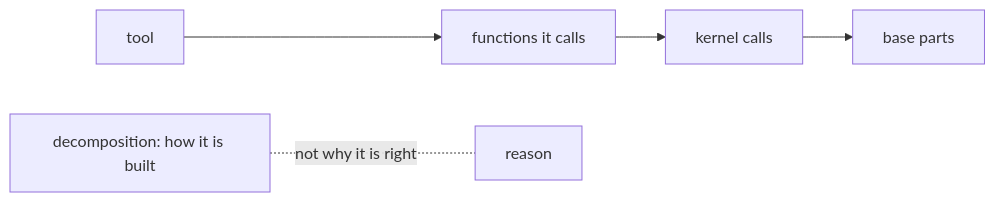
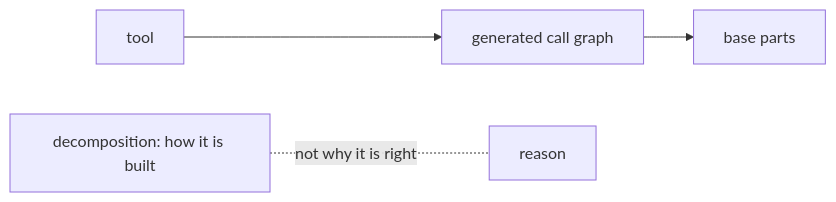
Before and after one commit to KonomiYuzu01/Magic-600-Cell: the diagram in docs/progress/1.0/glossary/diagrams/decomposition.mmd, drawn with Mermaid. The commit also changed 78 other files, not shown here.

```diff
--- a/docs/progress/1.0/glossary/diagrams/decomposition.mmd
+++ b/docs/progress/1.0/glossary/diagrams/decomposition.mmd
@@ -1,3 +1,3 @@
 flowchart LR
-  T[tool] --> F[functions it calls] --> K[kernel calls] --> L[base parts]
+  T[tool] --> G[generated call graph] --> L[base parts]
   D[decomposition: how it is built] -. not why it is right .- W[reason]
```
